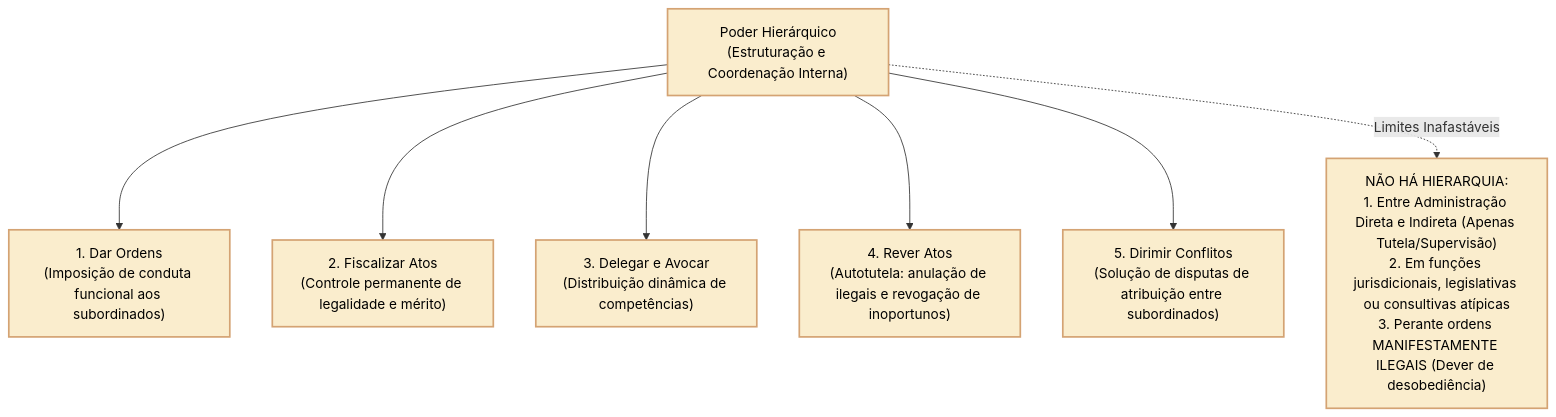
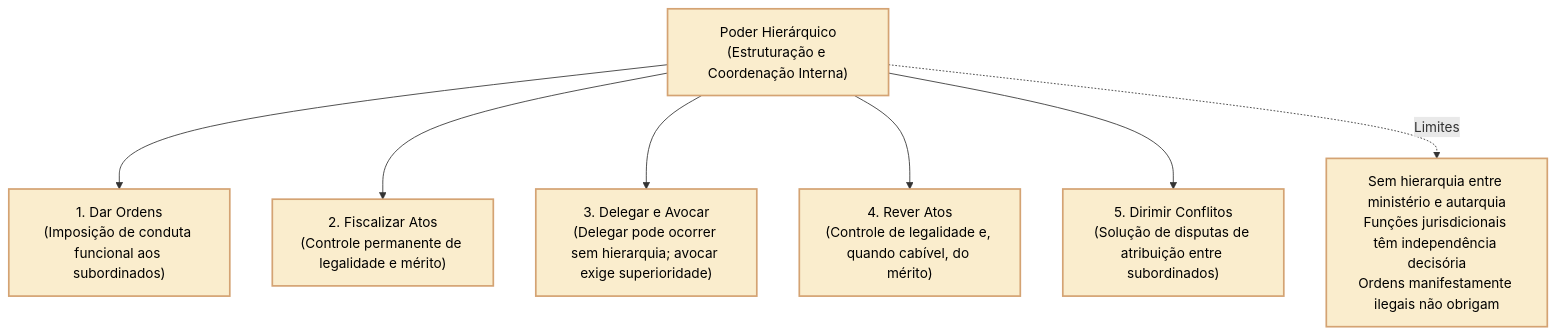
The first of 2 diagrams in 3 - Materias/Direito Administrativo/27 - poder hierarquico e poder disciplinar limites e distincoes.md (leorruas/concursos), drawn with Mermaid before and after one commit. The commit also changed other lines of this file, not shown here.

````diff
--- a/3 - Materias/Direito Administrativo/27 - poder hierarquico e poder disciplinar limites e distincoes.md
+++ b/3 - Materias/Direito Administrativo/27 - poder hierarquico e poder disciplinar limites e distincoes.md
@@ -34,16 +34,16 @@
 ```mermaid
 flowchart TD
     classDef raiz fill:#faedcd,stroke:#d4a373,stroke-width:2px,color:#000000;
     classDef criterio fill:#faedcd,stroke:#d4a373,stroke-width:2px,color:#000000;
     classDef opcao fill:#fff8e7,stroke:#d4a373,stroke-width:1.5px,color:#000000;
 
     PH["Poder Hierárquico<br>(Estruturação e Coordenação Interna)"]:::raiz
     
     PH --> FAC1["1. Dar Ordens<br>(Imposição de conduta funcional aos subordinados)"]:::criterio
     PH --> FAC2["2. Fiscalizar Atos<br>(Controle permanente de legalidade e mérito)"]:::criterio
-    PH --> FAC3["3. Delegar e Avocar<br>(Distribuição dinâmica de competências)"]:::criterio
-    PH --> FAC4["4. Rever Atos<br>(Autotutela: anulação de ilegais e revogação de inoportunos)"]:::criterio
+    PH --> FAC3["3. Delegar e Avocar<br>(Delegar pode ocorrer sem hierarquia; avocar exige superioridade)"]:::criterio
+    PH --> FAC4["4. Rever Atos<br>(Controle de legalidade e, quando cabível, do mérito)"]:::criterio
     PH --> FAC5["5. Dirimir Conflitos<br>(Solução de disputas de atribuição entre subordinados)"]:::criterio
     
-    PH -. "Limites Inafastáveis" .-> LIM["NÃO HÁ HIERARQUIA:<br>1. Entre Administração Direta e Indireta (Apenas Tutela/Supervisão)<br>2. Em funções jurisdicionais, legislativas ou consultivas atípicas<br>3. Perante ordens MANIFESTAMENTE ILEGAIS (Dever de desobediência)"]:::raiz
+    PH -. "Limites" .-> LIM["Sem hierarquia entre ministério e autarquia<br>Funções jurisdicionais têm independência decisória<br>Ordens manifestamente ilegais não obrigam"]:::raiz
 ```
````
